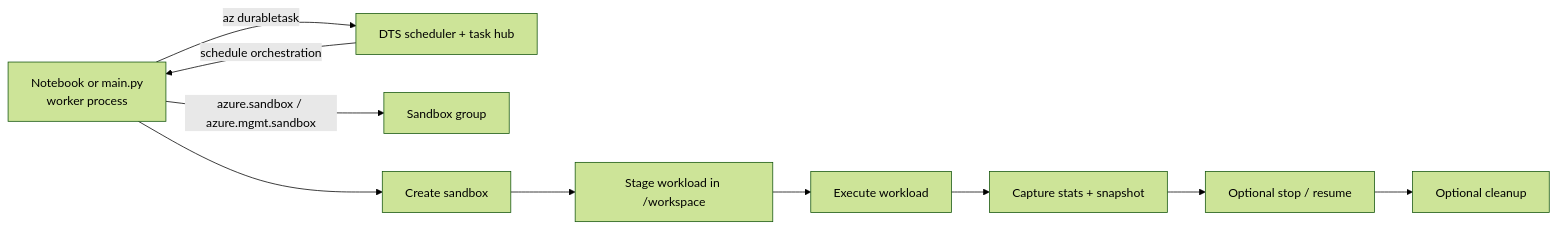
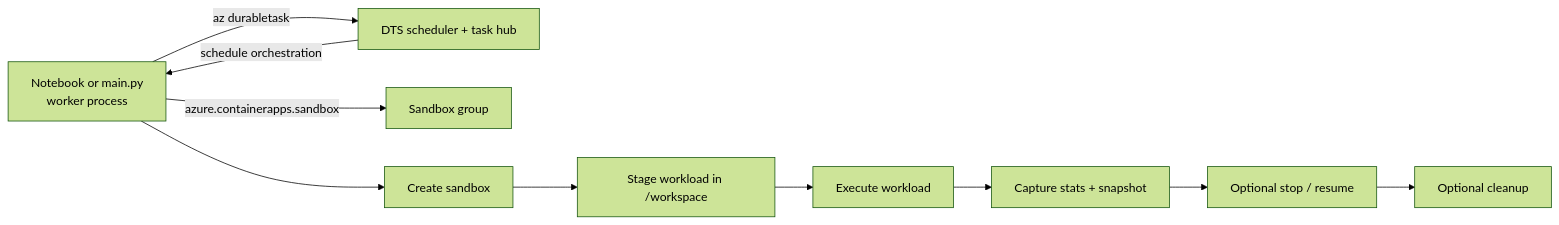
The diagram in labs/02-durable-task-workflows/README.md (nzthiago/azure-container-apps-sandboxes), drawn with Mermaid (forest theme) before and after one commit. The commit also changed other lines of this file and 2 other files, not shown here.

Commit message:
Update sandbox SDK references to use `azure.containerapps.sandbox`

````diff
--- a/labs/02-durable-task-workflows/README.md
+++ b/labs/02-durable-task-workflows/README.md
@@ -25,12 +25,12 @@
 ```mermaid
 flowchart LR
     A[Notebook or main.py<br/>worker process] -->|az durabletask| B[DTS scheduler + task hub]
-    A -->|azure.sandbox / azure.mgmt.sandbox| C[Sandbox group]
+    A -->|azure.containerapps.sandbox| C[Sandbox group]
     B -->|schedule orchestration| A
     A --> D[Create sandbox]
     D --> E[Stage workload in /workspace]
     E --> F[Execute workload]
     F --> G[Capture stats + snapshot]
     G --> H[Optional stop / resume]
     H --> I[Optional cleanup]
 ```
````
